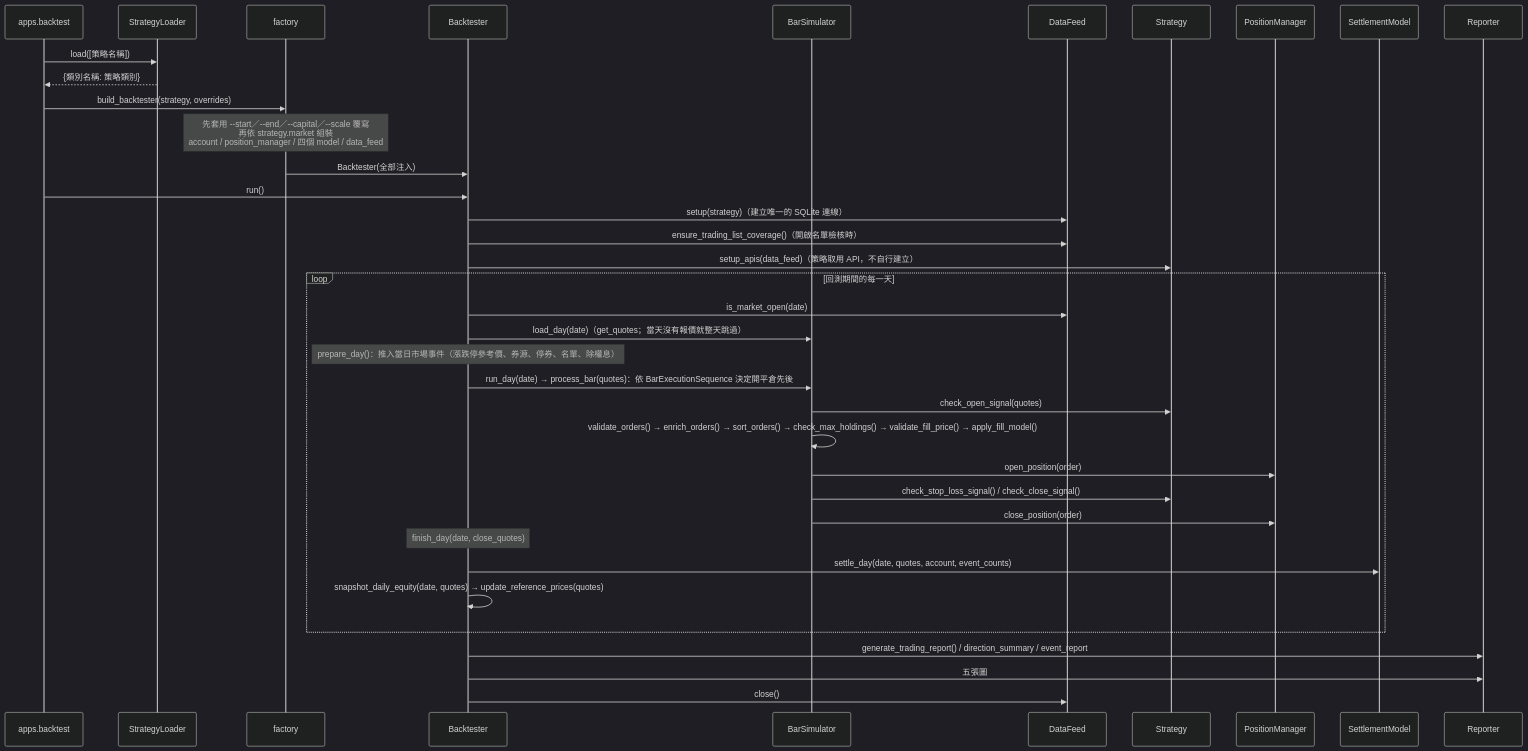
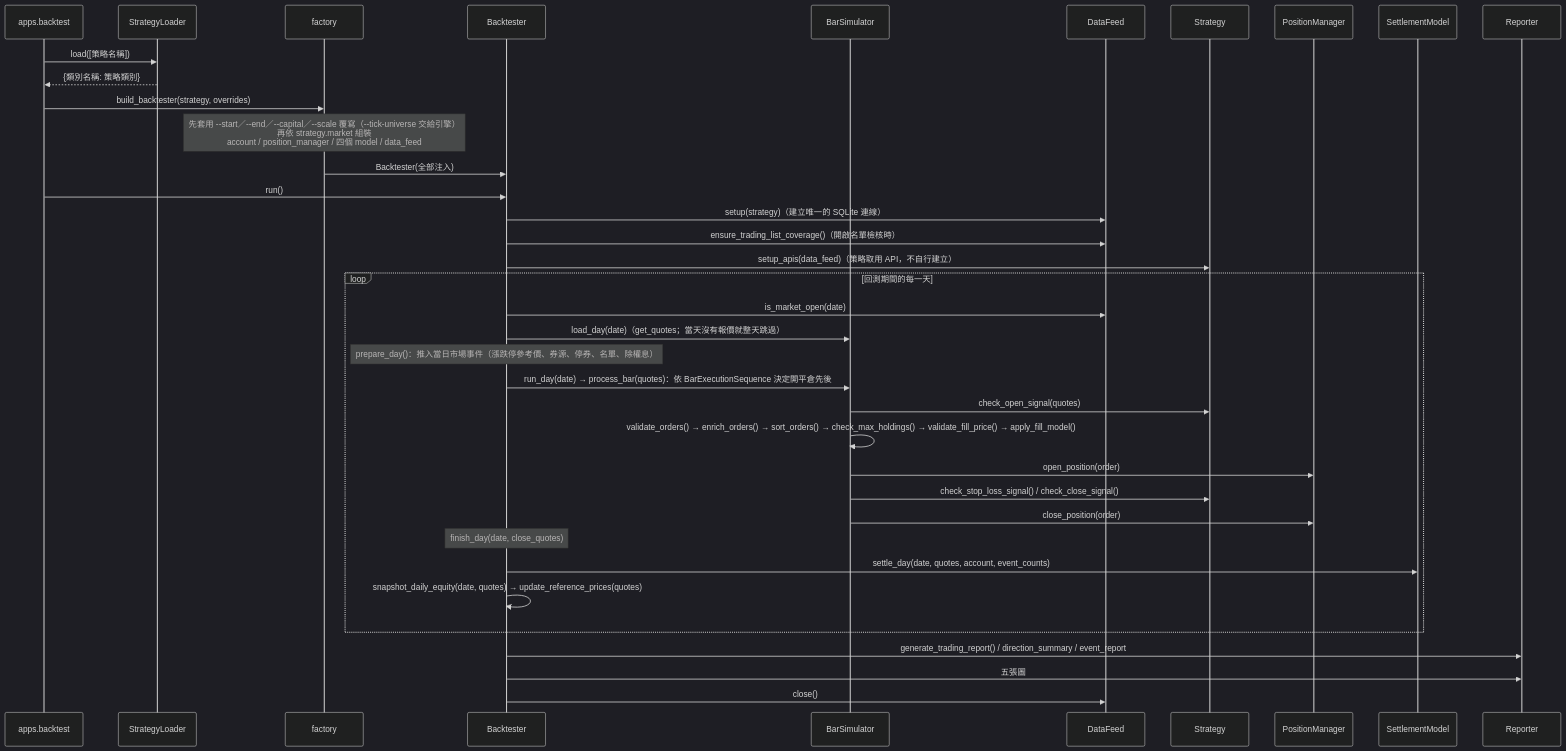
The diagram in docs/backtest/module-map.md (NYFund/alphaedge), drawn with Mermaid (dark theme) before and after one commit. The commit also changed other lines of this file and 16 other files, not shown here.

First line of the commit message:
feat(backtest): TICK 回測標的範圍 --tick-universe {strategy,all}

````diff
--- a/docs/backtest/module-map.md
+++ b/docs/backtest/module-map.md
@@ -65,43 +65,43 @@
 ```mermaid
 sequenceDiagram
     participant CLI as apps.backtest
     participant Loader as StrategyLoader
     participant F as factory
     participant BT as Backtester
     participant Sim as BarSimulator
     participant Feed as DataFeed
     participant S as Strategy
     participant PM as PositionManager
     participant SM as SettlementModel
     participant R as Reporter
 
     CLI->>Loader: load([策略名稱])
     Loader-->>CLI: {類別名稱: 策略類別}
     CLI->>F: build_backtester(strategy, overrides)
 
-    Note over F: 先套用 --start／--end／--capital／--scale 覆寫<br/>再依 strategy.market 組裝<br/>account / position_manager / 四個 model / data_feed
+    Note over F: 先套用 --start／--end／--capital／--scale 覆寫（--tick-universe 交給引擎）<br/>再依 strategy.market 組裝<br/>account / position_manager / 四個 model / data_feed
     F->>BT: Backtester(全部注入)
     CLI->>BT: run()
     BT->>Feed: setup(strategy)（建立唯一的 SQLite 連線）
     BT->>Feed: ensure_trading_list_coverage()（開啟名單檢核時）
     BT->>S: setup_apis(data_feed)（策略取用 API，不自行建立）
 
     loop 回測期間的每一天
         BT->>Feed: is_market_open(date)
         BT->>Sim: load_day(date)（get_quotes；當天沒有報價就整天跳過）
         Note over BT: prepare_day()：推入當日市場事件（漲跌停參考價、券源、停券、名單、除權息）
         BT->>Sim: run_day(date) → process_bar(quotes)：依 BarExecutionSequence 決定開平倉先後
         Sim->>S: check_open_signal(quotes)
         Sim->>Sim: validate_orders() → enrich_orders() → sort_orders() → check_max_holdings() → validate_fill_price() → apply_fill_model()
         Sim->>PM: open_position(order)
         Sim->>S: check_stop_loss_signal() / check_close_signal()
         Sim->>PM: close_position(order)
         Note over BT: finish_day(date, close_quotes)
         BT->>SM: settle_day(date, quotes, account, event_counts)
         BT->>BT: snapshot_daily_equity(date, quotes) → update_reference_prices(quotes)
     end
 
     BT->>R: generate_trading_report() / direction_summary / event_report
     BT->>R: 五張圖
     BT->>Feed: close()
 ```
````
